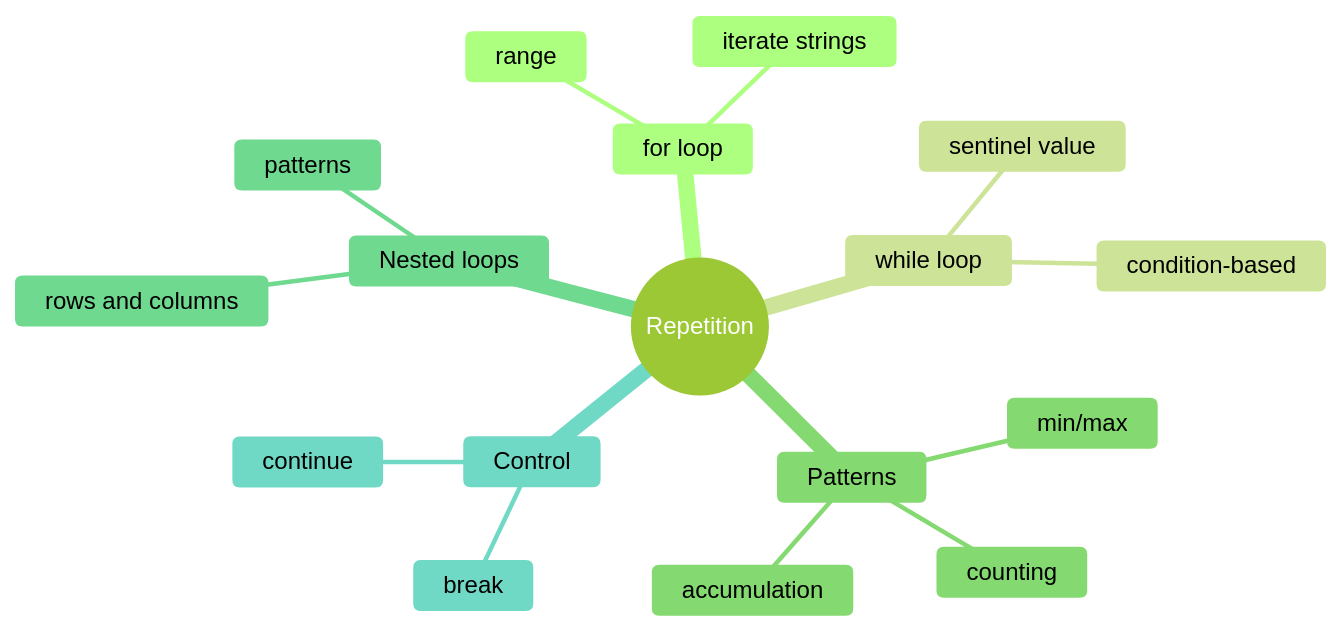
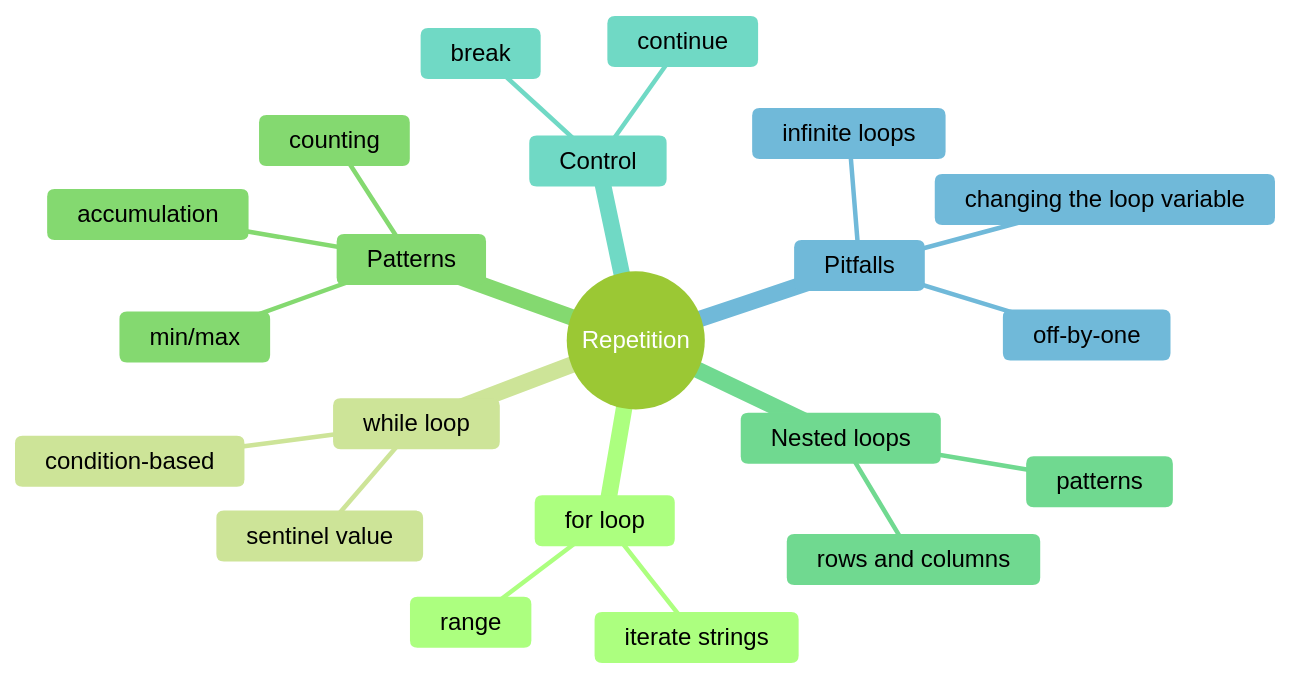
The diagram in repetitions/_docs/_table_of_contents.md (mAbduqayum/python-workbook), drawn with Mermaid (forest theme) before and after one commit. The commit also changed 7 other files, not shown here.

First line of the commit message:
docs: add mermaid mindmaps to every table of contents

````diff
--- a/repetitions/_docs/_table_of_contents.md
+++ b/repetitions/_docs/_table_of_contents.md
@@ -3,20 +3,24 @@
 ```mermaid
 mindmap
     root((Repetition))
         for loop
             range
             iterate strings
         while loop
             condition-based
             sentinel value
         Patterns
             accumulation
             counting
             min/max
         Nested loops
             rows and columns
             patterns
         Control
             break
             continue
+        Pitfalls
+            infinite loops
+            off-by-one
+            changing the loop variable
 ```
````
